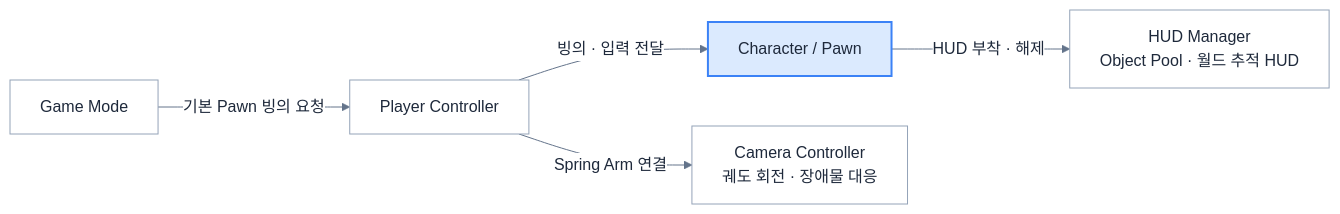
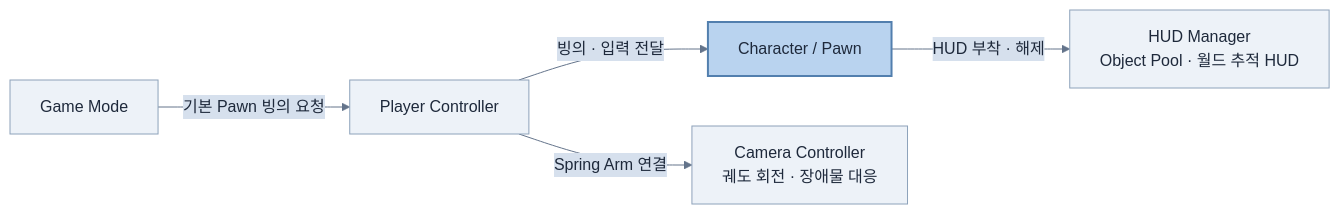
Before and after one commit to MDJ0126/DJUnityFramework: the first of 2 diagrams in README.md, drawn with Mermaid. The commit also changed other lines of this file, not shown here.

````diff
--- a/README.md
+++ b/README.md
@@ -37,42 +37,42 @@
 ```mermaid
 ---
 config:
   theme: base
   themeVariables:
-    background: "#ffffff"
-    primaryColor: "#ffffff"
+    background: "#b8c7d9"
+    primaryColor: "#edf2f8"
     primaryTextColor: "#1e293b"
     primaryBorderColor: "#94a3b8"
     lineColor: "#64748b"
-    secondaryColor: "#f1f5f9"
-    tertiaryColor: "#f8fafc"
-    clusterBkg: "#f8fafc"
-    clusterBorder: "#cbd5e1"
+    secondaryColor: "#d6e0ed"
+    tertiaryColor: "#d6e0ed"
+    clusterBkg: "#d6e0ed"
+    clusterBorder: "#8da2ba"
     titleColor: "#334155"
-    edgeLabelBackground: "#ffffff"
+    edgeLabelBackground: "#d6e0ed"
   themeCSS: |
     a, a:link, a:visited, a:hover, a:active, a:focus, a *,
     .node a, .node a:link, .node a:visited, .node a:hover,
     .node .nodeLabel, .node .nodeLabel *, .node text {
       color: #1e293b !important;
       fill: #1e293b !important;
       text-decoration: none !important;
       text-decoration-line: none !important;
     }
 ---
 flowchart LR
     GameMode[Game Mode] -->|기본 Pawn 빙의 요청| Controller[Player Controller]
     Controller -->|빙의 · 입력 전달| Character[Character / Pawn]
     Controller -->|Spring Arm 연결| Camera["Camera Controller<br/>궤도 회전 · 장애물 대응"]
     Character -->|HUD 부착 · 해제| HUD["HUD Manager<br/>Object Pool · 월드 추적 HUD"]
 
-    classDef default fill:#ffffff,stroke:#94a3b8,color:#1e293b
-    classDef focus fill:#dbeafe,stroke:#3b82f6,color:#1e293b,stroke-width:2px
+    classDef default fill:#edf2f8,stroke:#8da2ba,color:#1e293b
+    classDef focus fill:#b9d3ef,stroke:#527fae,color:#1e293b,stroke-width:2px
     class Character focus
 
     click GameMode href "https://github.com/MDJ0126/DJUnityFramework/blob/main/Assets/Scripts/Management/GameMode.cs" "GameMode.cs 열기" _blank
     click Controller href "https://github.com/MDJ0126/DJUnityFramework/blob/main/Assets/Scripts/InGame/Object/PlayerController.cs" "PlayerController.cs 열기" _blank
     click Character href "https://github.com/MDJ0126/DJUnityFramework/blob/main/Assets/Scripts/InGame/Object/Pawn/Character/Character.cs" "Character.cs 열기" _blank
     click Camera href "https://github.com/MDJ0126/DJUnityFramework/blob/main/Assets/Scripts/Common/PlayerCameraController.cs" "PlayerCameraController.cs 열기" _blank
     click HUD href "https://github.com/MDJ0126/DJUnityFramework/blob/main/Assets/Scripts/UI/HUD/HUDManager.cs" "HUDManager.cs 열기" _blank
 ```
````
